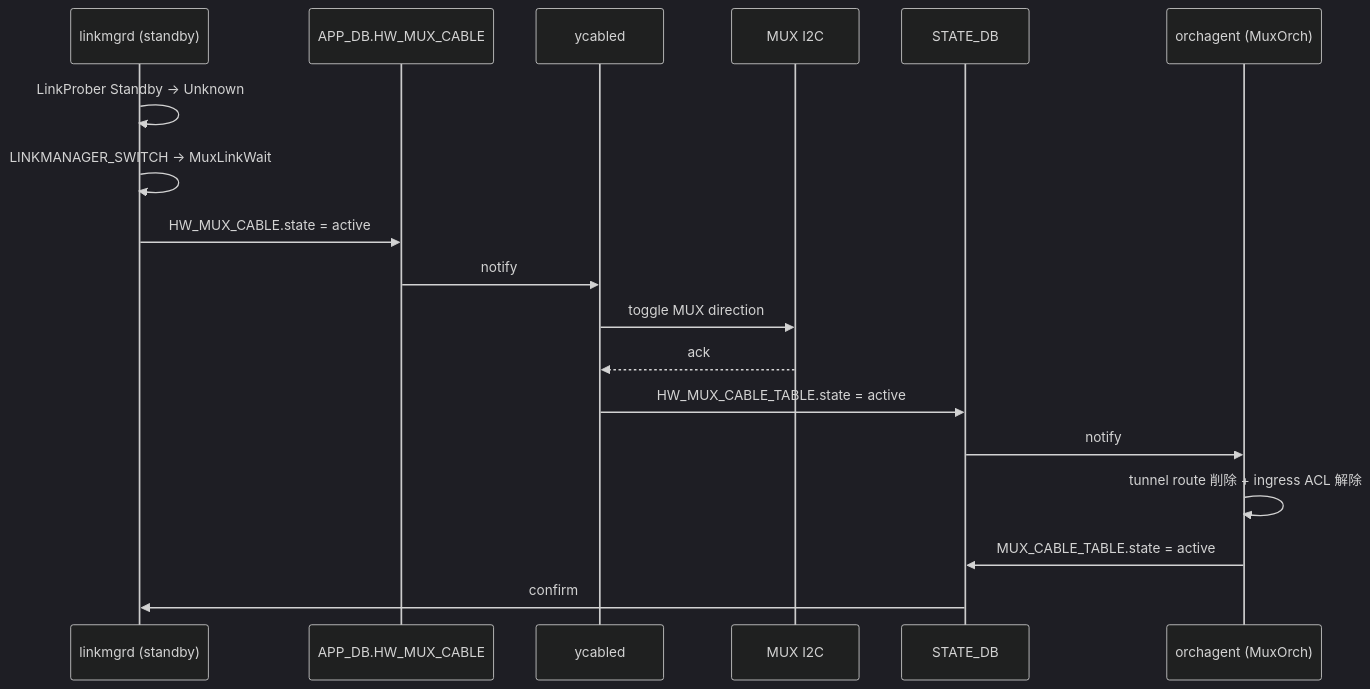
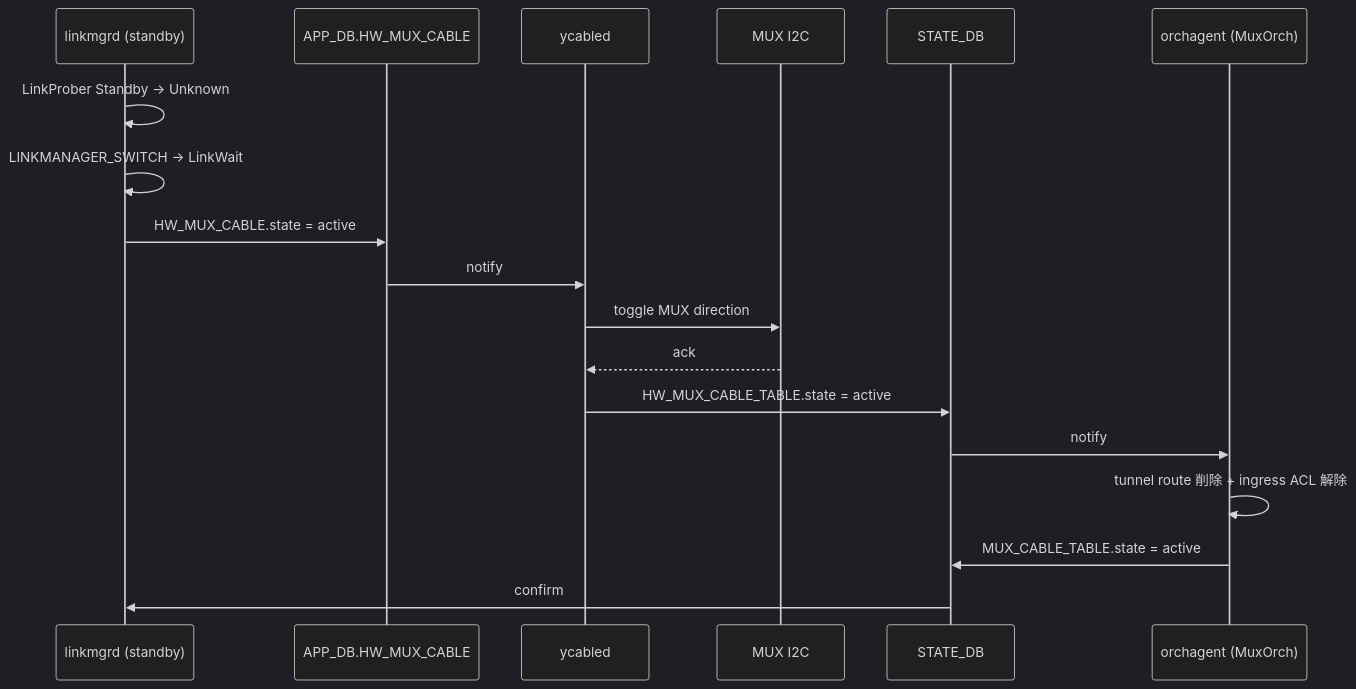
Before and after one commit to aoki-taquan/sonic-unofficial-docs: the diagram in docs/overlay/active-standby-dual-tor-internals.md, drawn with Mermaid (dark theme). The commit also changed other lines of this file and 4 other files, not shown here.

````diff
--- a/docs/overlay/active-standby-dual-tor-internals.md
+++ b/docs/overlay/active-standby-dual-tor-internals.md
@@ -129,20 +129,20 @@
 ```mermaid
 sequenceDiagram
     participant LM as linkmgrd (standby)
     participant ADB as APP_DB.HW_MUX_CABLE
     participant YC as ycabled
     participant I2C as MUX I2C
     participant SDB as STATE_DB
     participant OR as orchagent (MuxOrch)
     LM->>LM: LinkProber Standby → Unknown
-    LM->>LM: LINKMANAGER_SWITCH → MuxLinkWait
+    LM->>LM: LINKMANAGER_SWITCH → LinkWait
     LM->>ADB: HW_MUX_CABLE.state = active
     ADB->>YC: notify
     YC->>I2C: toggle MUX direction
     I2C-->>YC: ack
     YC->>SDB: HW_MUX_CABLE_TABLE.state = active
     SDB->>OR: notify
     OR->>OR: tunnel route 削除 + ingress ACL 解除
     OR->>SDB: MUX_CABLE_TABLE.state = active
     SDB->>LM: confirm
 ```
````
